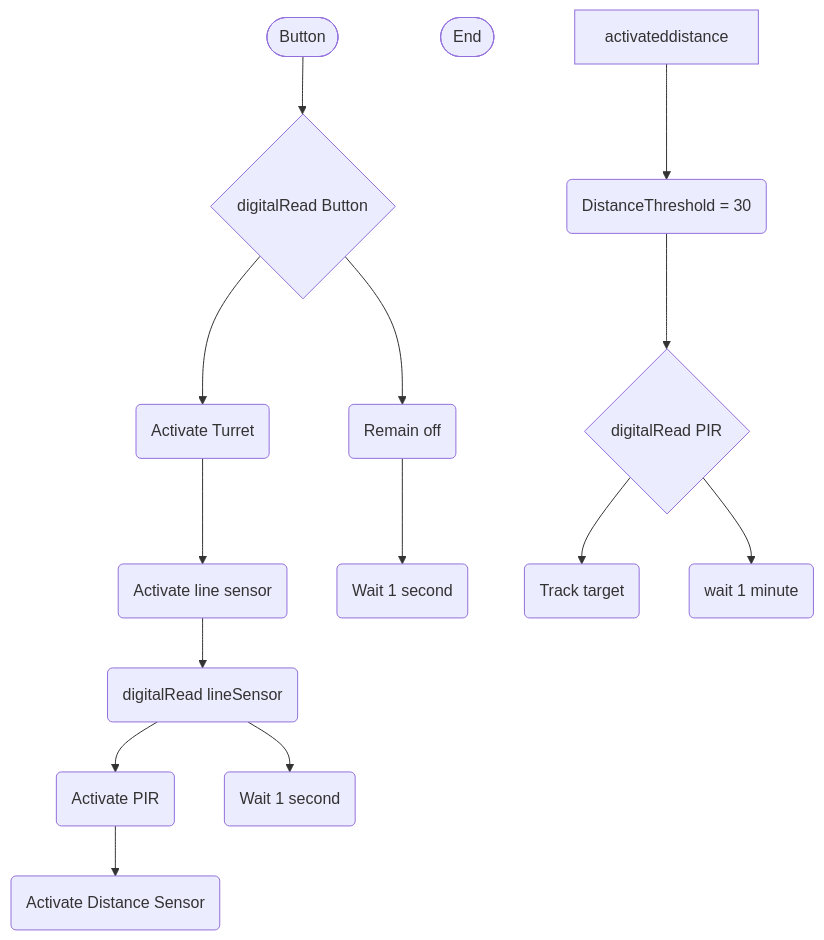
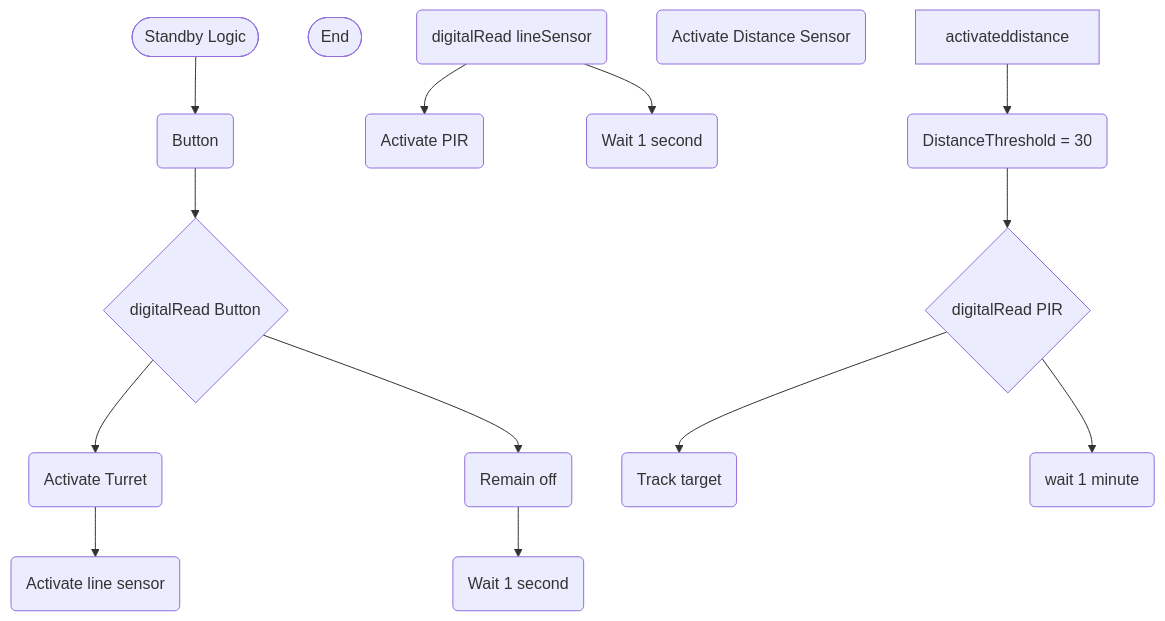
One commit to Zac2259/Smart-Turret changed the diagram in logic.md. Above: the diagram before and after it, drawn with Mermaid.

````diff
--- a/logic.md
+++ b/logic.md
@@ -1,34 +1,34 @@
  ```mermaid
  flowchart TD
  %%standby logic
-terminalStart([Button])
+terminalStart([Standby Logic])
  terminalEnd([End])
+ Button(Button)
 Buttontrigger{digitalRead Button}
 activateturret(Activate Turret)
 activatesensor(Activate line sensor)
 remainoff(Remain off)
 loop(Wait 1 second)
 %%Tracking logic
 Readline(digitalRead lineSensor)
 activatepir(Activate PIR)
 activatedistance(Activate Distance Sensor)
 loop2(Wait 1 second)
 distance(DistanceThreshold = 30)
 ReadPIR{digitalRead PIR}
 track(Track target)
 loop3(wait 1 minute)
 %%Firing
-terminalStart --> Buttontrigger
+terminalStart --> Button
+Button --> Buttontrigger
 Buttontrigger --> activateturret
 activateturret --> activatesensor
 Buttontrigger --> remainoff
 remainoff --> loop
-activatesensor --> Readline
 Readline --> activatepir
 Readline --> loop2
-activatepir --> activatedistance
 activateddistance --> distance
 distance --> ReadPIR
 ReadPIR --> track
 ReadPIR --> loop3
  ```
````
